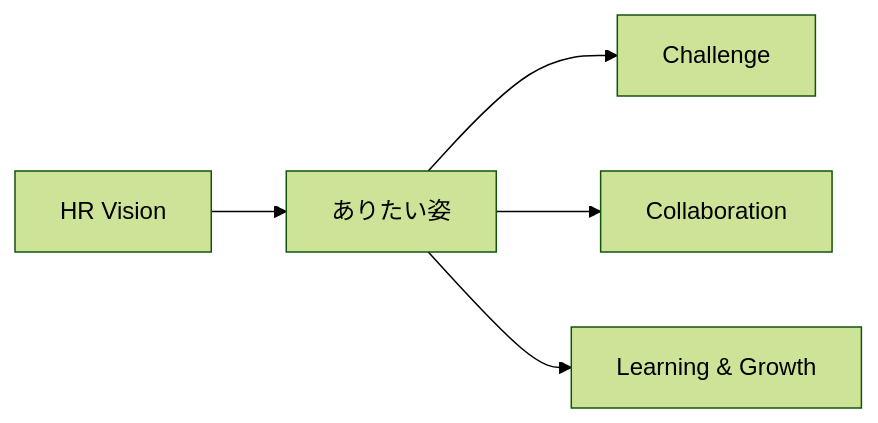
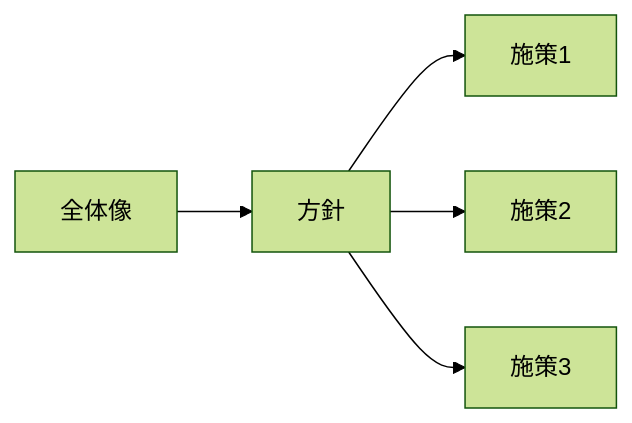
One commit to sgtao/skill-web-to-markdown-ja changed the diagram in pdf-to-md-ja/references/svg_logic.md. Above: the diagram before and after it, drawn with Mermaid (forest theme). The commit also changed other lines of this file and 11 other files, not shown here.

````diff
--- a/pdf-to-md-ja/references/svg_logic.md
+++ b/pdf-to-md-ja/references/svg_logic.md
@@ -64,7 +91,7 @@
 ```mermaid
 graph LR
-  HR[HR Vision] --> A[ありたい姿]
-  A --> C1[Challenge]
-  A --> C2[Collaboration]
-  A --> C3[Learning & Growth]
+  Root[全体像] --> A[方針]
+  A --> C1[施策1]
+  A --> C2[施策2]
+  A --> C3[施策3]
 ```
````
